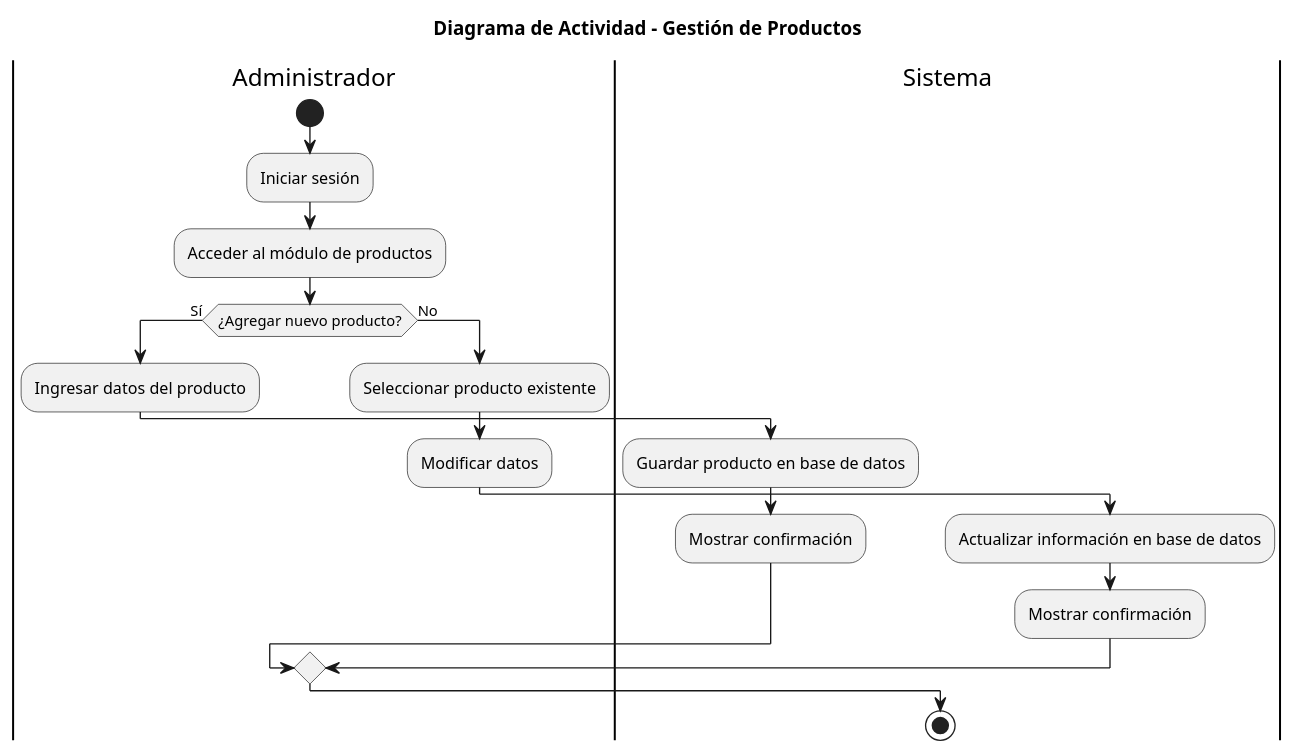
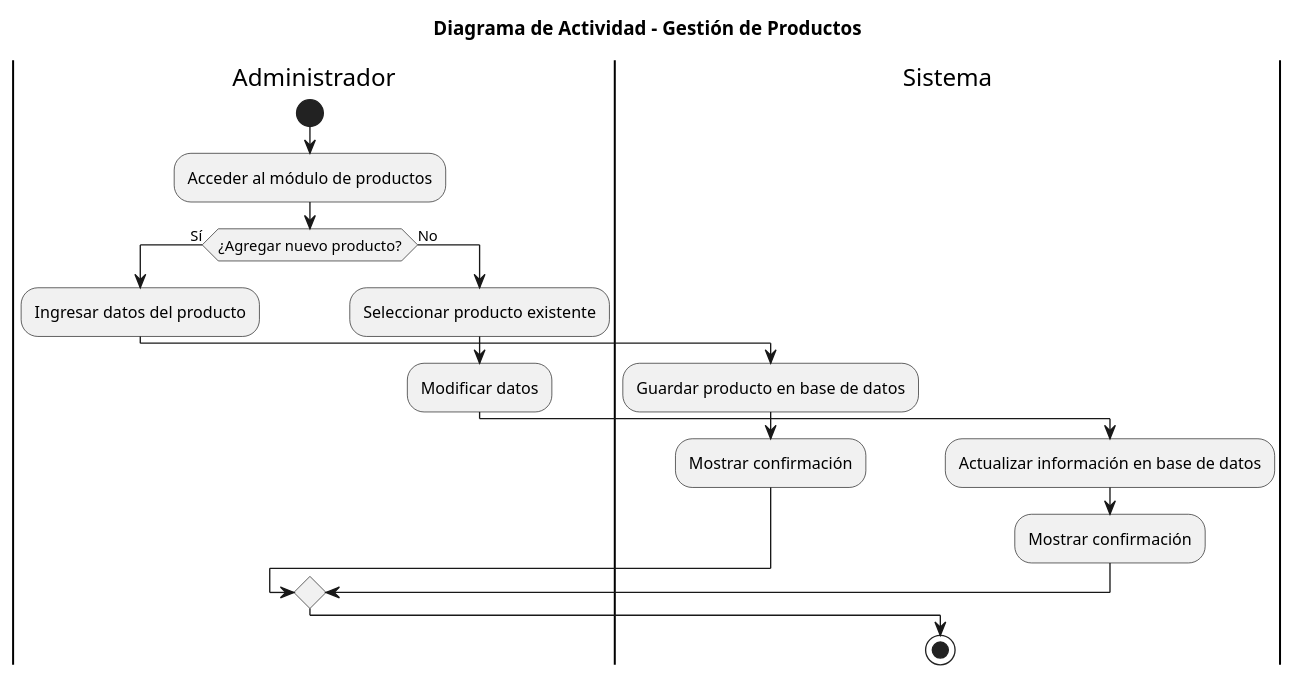
One commit to Luci1274/plant changed the diagram in Final_ing2/Diagrama_actividad_Gonzalez_Gestión de productos.puml. Above: the diagram before and after it, drawn with PlantUML. The commit also changed 19 other files, not shown here.

```diff
--- a/Final_ing2/Diagrama_actividad_Gonzalez_Gestión de productos.puml
+++ b/Final_ing2/Diagrama_actividad_Gonzalez_Gestión de productos.puml
@@ -1,24 +1,23 @@
 @startuml
 title Diagrama de Actividad - Gestión de Productos
 
 |Administrador|
 start
-:Iniciar sesión;
 :Acceder al módulo de productos;
 
 if (¿Agregar nuevo producto?) then (Sí)
   :Ingresar datos del producto;
   |Sistema|
   :Guardar producto en base de datos;
   :Mostrar confirmación;
 else (No)
   |Administrador|
   :Seleccionar producto existente;
   :Modificar datos;
   |Sistema|
   :Actualizar información en base de datos;
   :Mostrar confirmación;
 endif
 
 stop
 @enduml
```
